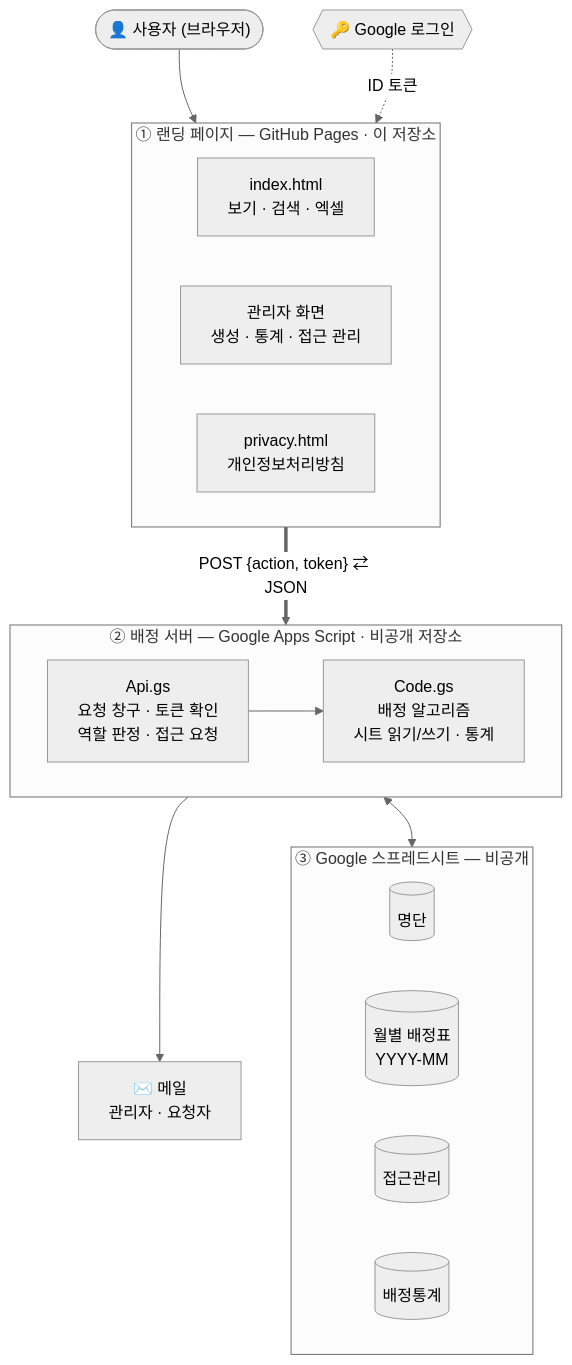
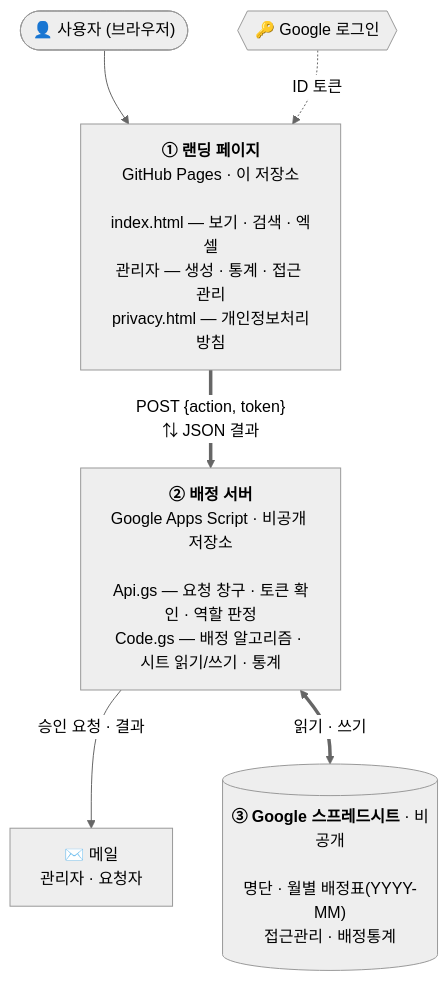
One commit to GunhoJin/amsa-liturgy changed the first of 3 diagrams in README.md. Above: the diagram before and after it, drawn with Mermaid (neutral theme).

Commit message:
README: simplify structure diagram to three boxes

````diff
--- a/README.md
+++ b/README.md
@@ -9,35 +9,15 @@
 ```mermaid
 flowchart TB
     U(["👤 사용자 (브라우저)"])
     G{{"🔑 Google 로그인"}}
-
-    subgraph L["① 랜딩 페이지 — GitHub Pages · 이 저장소"]
-        direction LR
-        L1["index.html<br/>보기 · 검색 · 엑셀"]
-        L2["관리자 화면<br/>생성 · 통계 · 접근 관리"]
-        L3["privacy.html<br/>개인정보처리방침"]
-    end
-
-    subgraph S["② 배정 서버 — Google Apps Script · 비공개 저장소"]
-        direction LR
-        S1["Api.gs<br/>요청 창구 · 토큰 확인<br/>역할 판정 · 접근 요청"]
-        S2["Code.gs<br/>배정 알고리즘<br/>시트 읽기/쓰기 · 통계"]
-        S1 --> S2
-    end
-
+    L["<b>① 랜딩 페이지</b><br/>GitHub Pages · 이 저장소<br/><br/>index.html — 보기 · 검색 · 엑셀<br/>관리자 — 생성 · 통계 · 접근 관리<br/>privacy.html — 개인정보처리방침"]
+    S["<b>② 배정 서버</b><br/>Google Apps Script · 비공개 저장소<br/><br/>Api.gs — 요청 창구 · 토큰 확인 · 역할 판정<br/>Code.gs — 배정 알고리즘 · 시트 읽기/쓰기 · 통계"]
     M["✉️ 메일<br/>관리자 · 요청자"]
-
-    subgraph D["③ Google 스프레드시트 — 비공개"]
-        direction LR
-        D1[("명단")]
-        D2[("월별 배정표<br/>YYYY-MM")]
-        D3[("접근관리")]
-        D4[("배정통계")]
-    end
+    D[("<b>③ Google 스프레드시트</b> · 비공개<br/><br/>명단 · 월별 배정표(YYYY-MM)<br/>접근관리 · 배정통계")]
 
     U --> L
     G -. ID 토큰 .-> L
-    L == "POST {action, token} ⇄ JSON" ==> S
-    S1 --> M
-    S <--> D
+    L == "POST {action, token}<br/>⇅ JSON 결과" ==> S
+    S -- 승인 요청 · 결과 --> M
+    S <== 읽기 · 쓰기 ==> D
 ```
````
